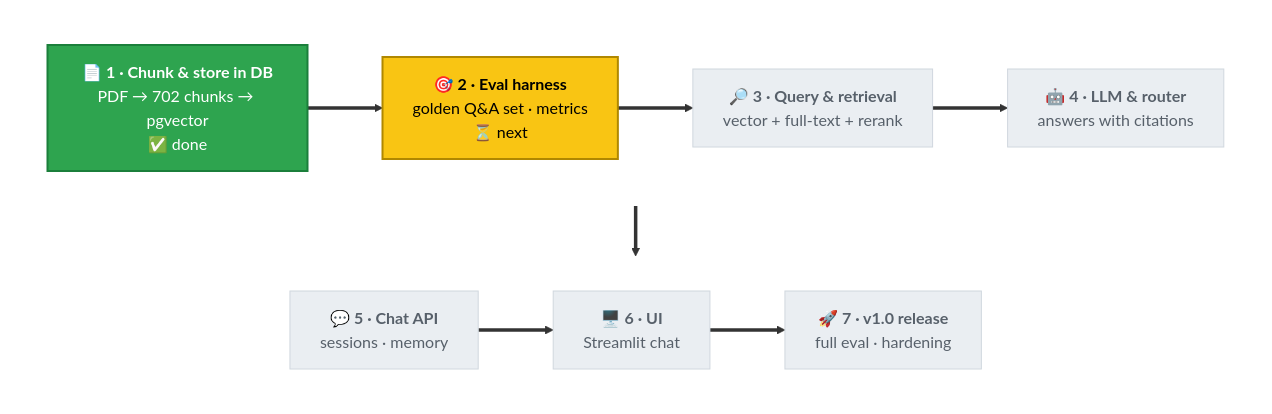
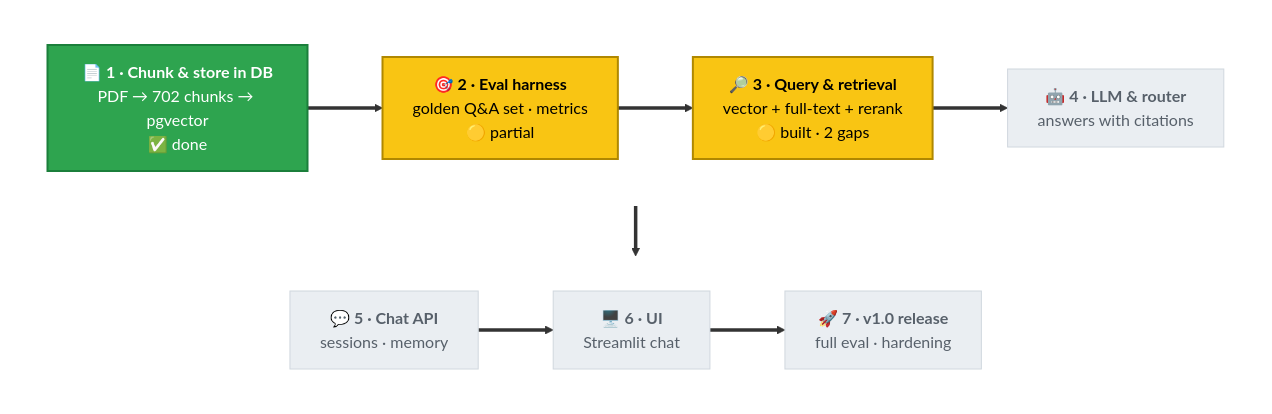
Before and after one commit to sshubham07/anuchhed-ai: the diagram in docs/diagrams/roadmap.mmd, drawn with Mermaid. The commit also changed 38 other files, not shown here.

First line of the commit message:
feat(retrieval): hybrid search, RRF, pinned lookup, rerank + retrieval eval

```diff
--- a/docs/diagrams/roadmap.mmd
+++ b/docs/diagrams/roadmap.mmd
@@ -1,15 +1,15 @@
 flowchart TB
     subgraph ROW1 [" "]
         direction LR
-        P1["📄 <b>1 · Chunk & store in DB</b><br/>PDF → 702 chunks → pgvector<br/>✅ done"]:::done ==> P2["🎯 <b>2 · Eval harness</b><br/>golden Q&A set · metrics<br/>⏳ next"]:::next ==> P3["🔎 <b>3 · Query & retrieval</b><br/>vector + full-text + rerank"]:::todo ==> P4["🤖 <b>4 · LLM & router</b><br/>answers with citations"]:::todo
+        P1["📄 <b>1 · Chunk & store in DB</b><br/>PDF → 702 chunks → pgvector<br/>✅ done"]:::done ==> P2["🎯 <b>2 · Eval harness</b><br/>golden Q&A set · metrics<br/>🟡 partial"]:::next ==> P3["🔎 <b>3 · Query & retrieval</b><br/>vector + full-text + rerank<br/>🟡 built · 2 gaps"]:::next ==> P4["🤖 <b>4 · LLM & router</b><br/>answers with citations"]:::todo
     end
     subgraph ROW2 [" "]
         direction LR
         P5["💬 <b>5 · Chat API</b><br/>sessions · memory"]:::todo ==> P6["🖥️ <b>6 · UI</b><br/>Streamlit chat"]:::todo ==> P7["🚀 <b>7 · v1.0 release</b><br/>full eval · hardening"]:::todo
     end
     ROW1 ==> ROW2
     classDef done fill:#2ea44f,color:#fff,stroke:#1b7f3b,stroke-width:2px
     classDef next fill:#f9c513,color:#000,stroke:#b08800,stroke-width:2px
     classDef todo fill:#eaeef2,color:#57606a,stroke:#d0d7de
     style ROW1 fill:none,stroke:none
     style ROW2 fill:none,stroke:none
```
